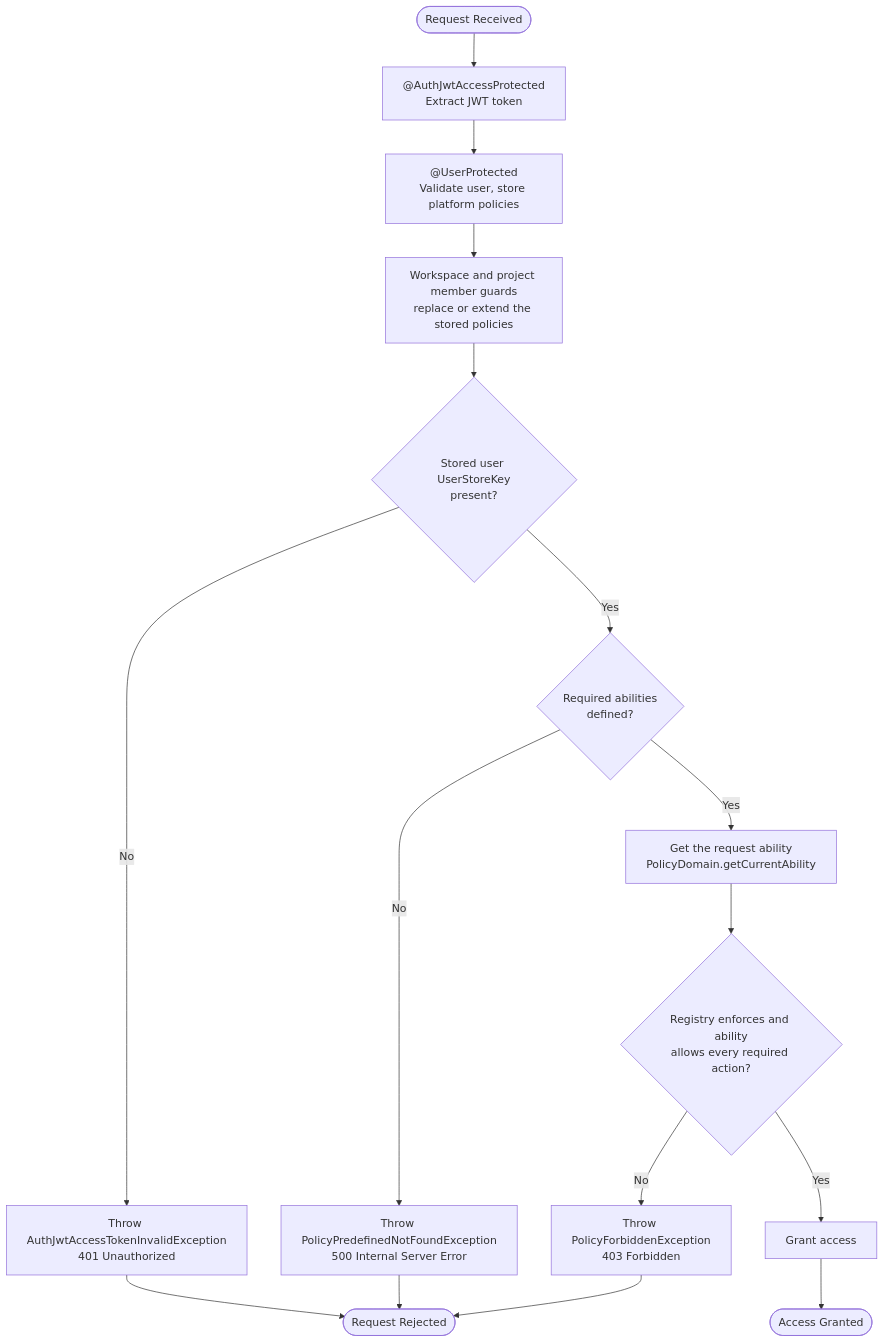
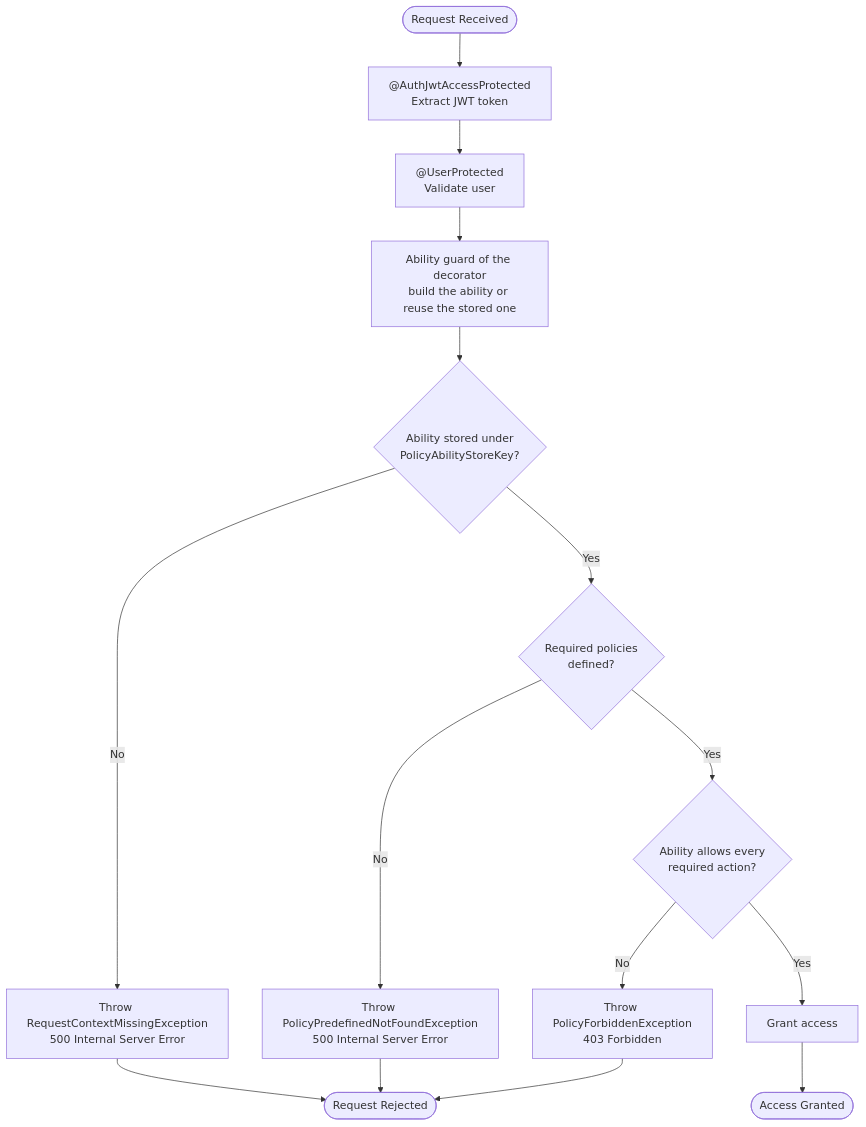
One commit to andrechristikan/ack-nestjs-boilerplate changed the third of 5 diagrams in docs/authorization.md. Above: the diagram before and after it, drawn with Mermaid. The commit also changed other lines of this file and 125 other files, not shown here.

````diff
--- a/docs/authorization.md
+++ b/docs/authorization.md
@@ -345,24 +379,22 @@
 ```mermaid
 flowchart TD
     Start([Request Received]) --> JwtGuard[ @AuthJwtAccessProtected<br/>Extract JWT token]
-    JwtGuard --> UserGuard[ @UserProtected<br/>Validate user, store platform policies]
-    UserGuard --> Members[ Workspace and project member guards<br/>replace or extend the stored policies]
-    Members --> CheckStoredUser{Stored user UserStoreKey<br/>present?}
+    JwtGuard --> UserGuard[ @UserProtected<br/>Validate user]
+    UserGuard --> AbilityGuard[ Ability guard of the decorator<br/>build the ability or reuse the stored one]
+    AbilityGuard --> CheckAbility{Ability stored under<br/>PolicyAbilityStoreKey?}
 
-    CheckStoredUser -->|No| ErrorAuth[Throw AuthJwtAccessTokenInvalidException<br/>401 Unauthorized]
-    CheckStoredUser -->|Yes| CheckRequired{Required abilities<br/>defined?}
+    CheckAbility -->|No| ErrorCtx[Throw RequestContextMissingException<br/>500 Internal Server Error]
+    CheckAbility -->|Yes| CheckRequired{Required policies<br/>defined?}
 
     CheckRequired -->|No| ErrorPredefined[Throw PolicyPredefinedNotFoundException<br/>500 Internal Server Error]
-    CheckRequired -->|Yes| CreateAbilities[Get the request ability<br/>PolicyDomain.getCurrentAbility]
-
-    CreateAbilities --> ValidateAbilities{Registry enforces and ability<br/>allows every required action?}
+    CheckRequired -->|Yes| ValidateAbilities{Ability allows every<br/>required action?}
 
     ValidateAbilities -->|No| ErrorForbidden[Throw PolicyForbiddenException<br/>403 Forbidden]
     ValidateAbilities -->|Yes| GrantAccess[Grant access]
 
     GrantAccess --> Success([Access Granted])
 
-    ErrorAuth --> End([Request Rejected])
+    ErrorCtx --> End([Request Rejected])
     ErrorPredefined --> End
     ErrorForbidden --> End
 ```
````
